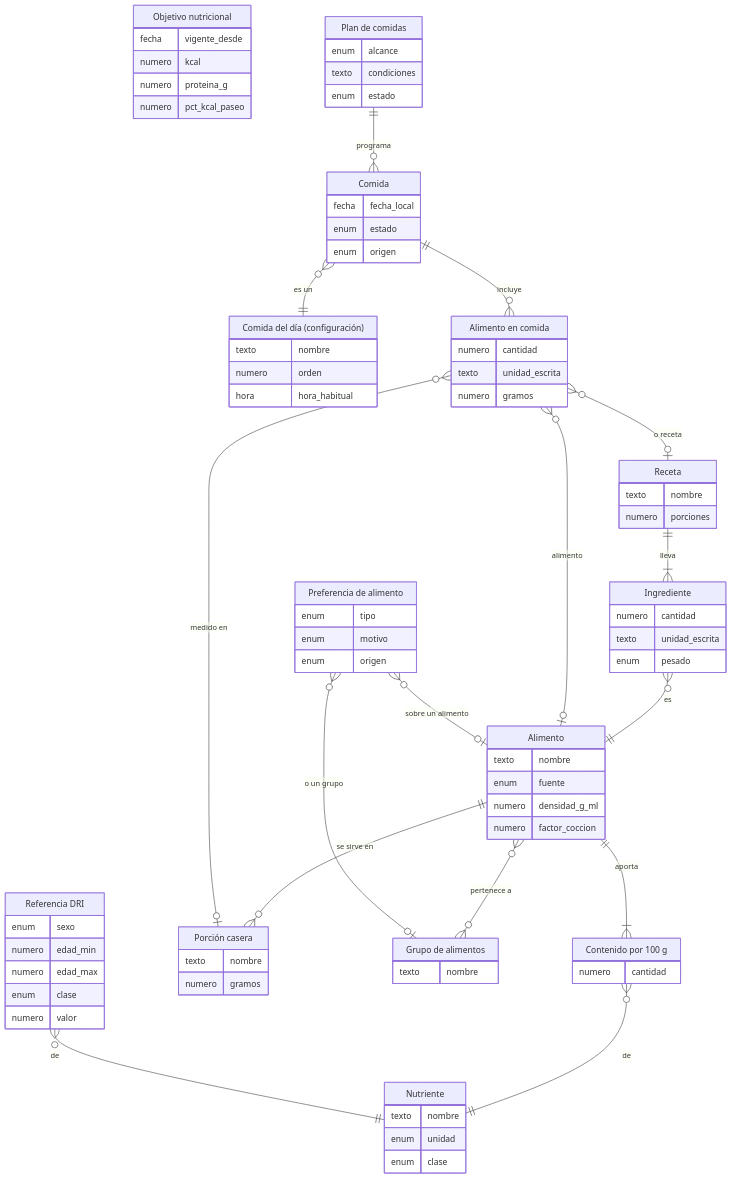
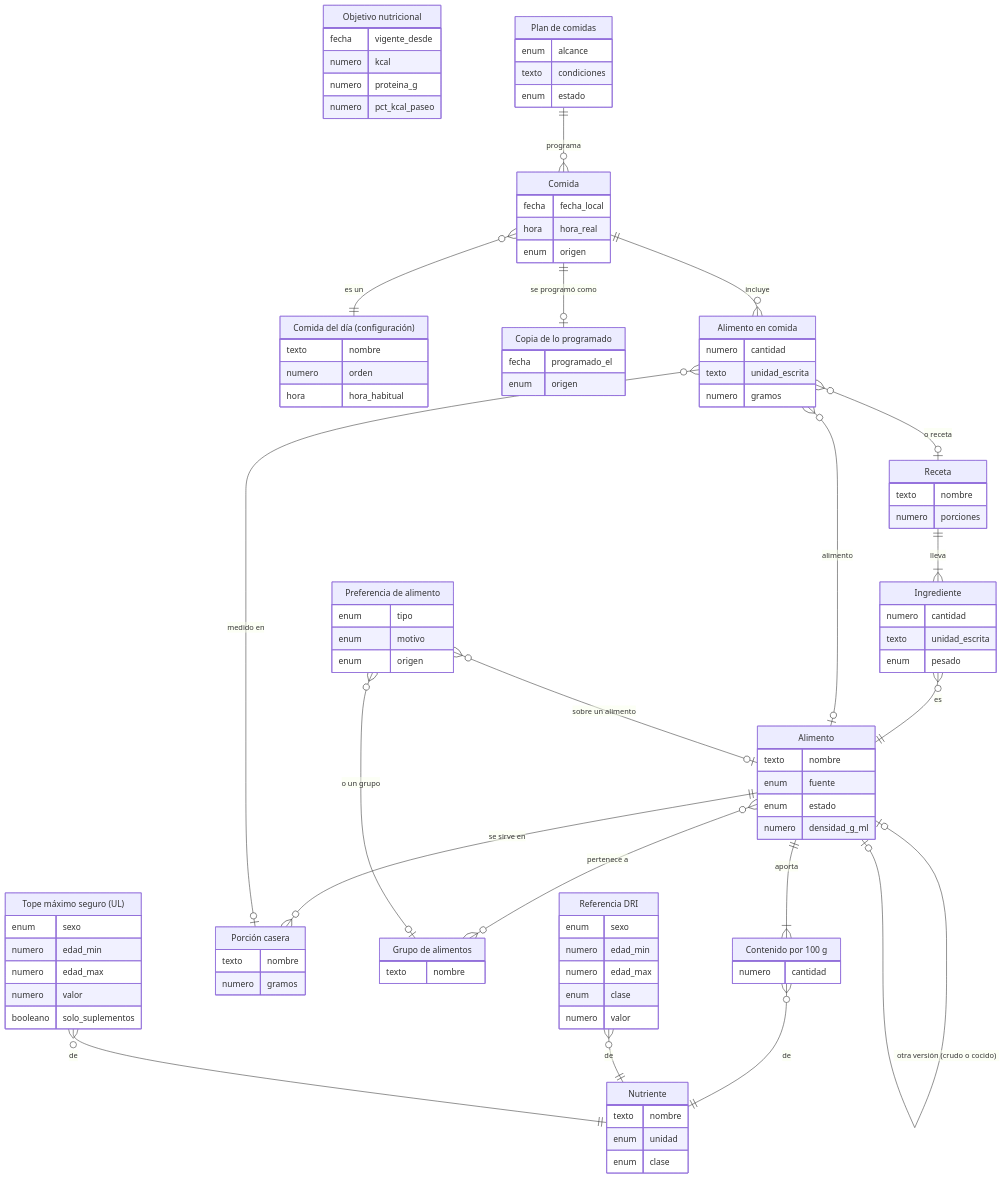
Before and after one commit to FrancisG01/coach-fitness-ai: the fifth of 9 diagrams in docs/database/modelo-conceptual.md, drawn with Mermaid. The commit also changed other lines of this file and 13 other files, not shown here.

````diff
--- a/docs/database/modelo-conceptual.md
+++ b/docs/database/modelo-conceptual.md
@@ -369,8 +369,8 @@
   ALIMENTO["Alimento"] {
     texto nombre
     enum fuente
+    enum estado
     numero densidad_g_ml
-    numero factor_coccion
   }
   CONTENIDO["Contenido por 100 g"] {
     numero cantidad
@@ -398,7 +398,11 @@
   }
   COMIDA["Comida"] {
     fecha fecha_local
-    enum estado
+    hora hora_real
+    enum origen
+  }
+  COPIA["Copia de lo programado"] {
+    fecha programado_el
     enum origen
   }
   ITEM["Alimento en comida"] {
@@ -424,6 +428,13 @@
     enum clase
     numero valor
   }
+  UL["Tope máximo seguro (UL)"] {
+    enum sexo
+    numero edad_min
+    numero edad_max
+    numero valor
+    booleano solo_suplementos
+  }
   PLAN["Plan de comidas"] {
     enum alcance
     texto condiciones
@@ -431,6 +442,7 @@
   }
 
   ALIMENTO ||--|{ CONTENIDO : "aporta"
+  ALIMENTO |o--o| ALIMENTO : "otra versión (crudo o cocido)"
   CONTENIDO }o--|| NUTRIENTE : "de"
   ALIMENTO ||--o{ PORCION : "se sirve en"
   ALIMENTO }o--o{ GRUPO_ALIM : "pertenece a"
@@ -444,5 +456,7 @@
   PREFERENCIA }o--o| ALIMENTO : "sobre un alimento"
   PREFERENCIA }o--o| GRUPO_ALIM : "o un grupo"
   PLAN ||--o{ COMIDA : "programa"
+  COMIDA ||--o| COPIA : "se programó como"
   DRI }o--|| NUTRIENTE : "de"
+  UL }o--|| NUTRIENTE : "de"
 ```
````
